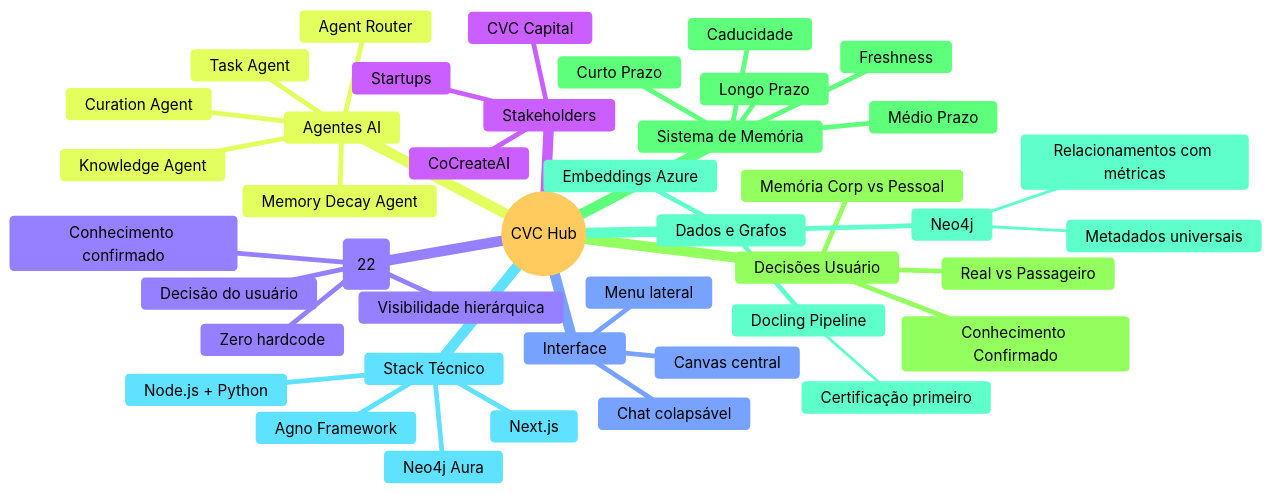
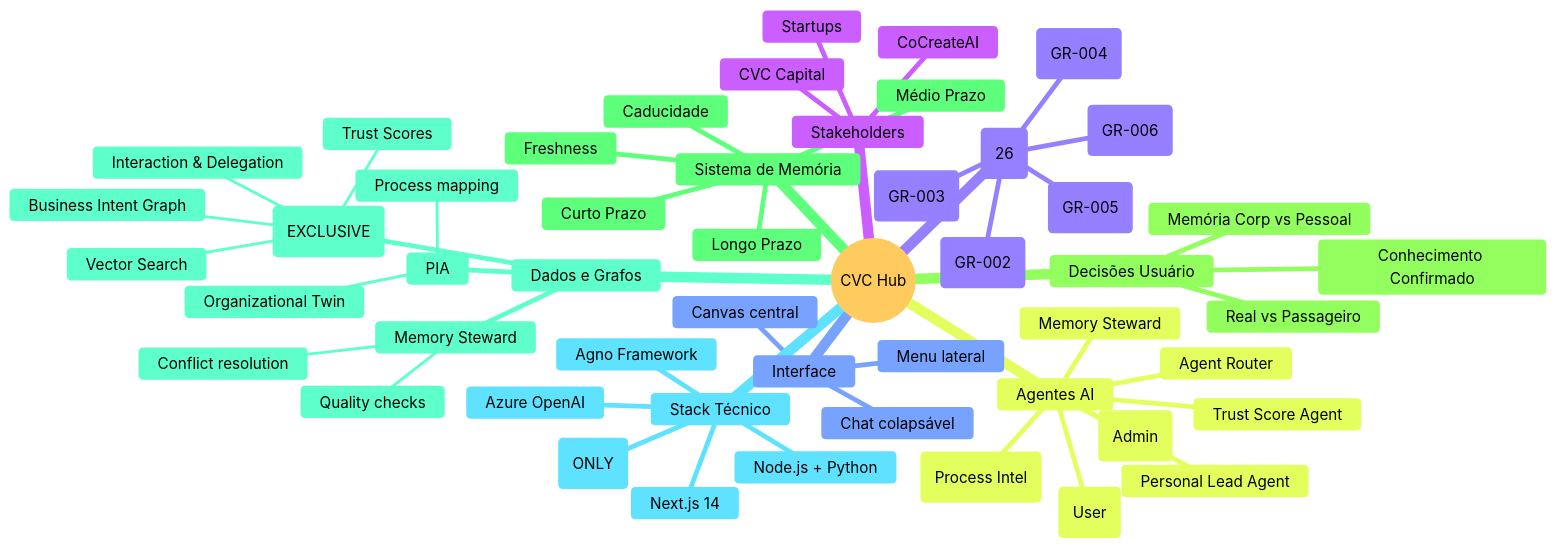
One commit to Trindade11/Teste changed the second of 6 diagrams in EKS/project-context/project-overview.md. Above: the diagram before and after it, drawn with Mermaid. The commit also changed other lines of this file and 129 other files, not shown here.

````diff
--- a/EKS/project-context/project-overview.md
+++ b/EKS/project-context/project-overview.md
@@ -75,46 +80,55 @@
 ```mermaid
 %%{init: {'theme': 'base', 'themeVariables': { 'primaryTextColor': '#000', 'secondaryTextColor': '#000', 'tertiaryTextColor': '#000', 'lineColor': '#333'}}}%%
 mindmap
   root((CVC Hub))
     Stakeholders
       CVC Capital
       CoCreateAI
       Startups
     Interface
       Chat colapsável
       Canvas central
       Menu lateral
     Agentes AI
+      Personal Lead Agent
       Agent Router
-      Knowledge Agent
-      Task Agent
-      Curation Agent
-      Memory Decay Agent
+      Agentes Globais (Admin)
+      Agentes Pessoais (User)
+      PIA Team (Process Intel)
+      Memory Steward
+      Trust Score Agent
     Decisões Usuário
       Memória Corp vs Pessoal
       Real vs Passageiro
       Conhecimento Confirmado
     Sistema de Memória
       Curto Prazo
       Médio Prazo
       Longo Prazo
       Caducidade
       Freshness
     Dados e Grafos
-      Neo4j
-        Metadados universais
-        Relacionamentos com métricas
-      Docling Pipeline
-        Certificação primeiro
-      Embeddings Azure
+      Neo4j Aura (EXCLUSIVE)
+        Business Intent Graph
+        Interaction & Delegation
+        Vector Search
+        Trust Scores
+      Memory Steward
+        Quality checks
+        Conflict resolution
+      PIA
+        Process mapping
+        Organizational Twin
     Stack Técnico
+      Neo4j Aura (ONLY)
+      Agno Framework
       Node.js + Python
-      Neo4j Aura
-      Agno Framework
-      Next.js
-    Princípios (22)
-      Zero hardcode
-      Decisão do usuário
-      Conhecimento confirmado
-      Visibilidade hierárquica
+      Next.js 14
+      Azure OpenAI
+    Princípios (26)
+      Ontological Anchoring (GR-002)
+      Bitemporal Truth (GR-003)
+      Provenance Mandatory (GR-004)
+      Trust Transparency (GR-005)
+      Graph as Source of Truth (GR-006)
 ```
````
